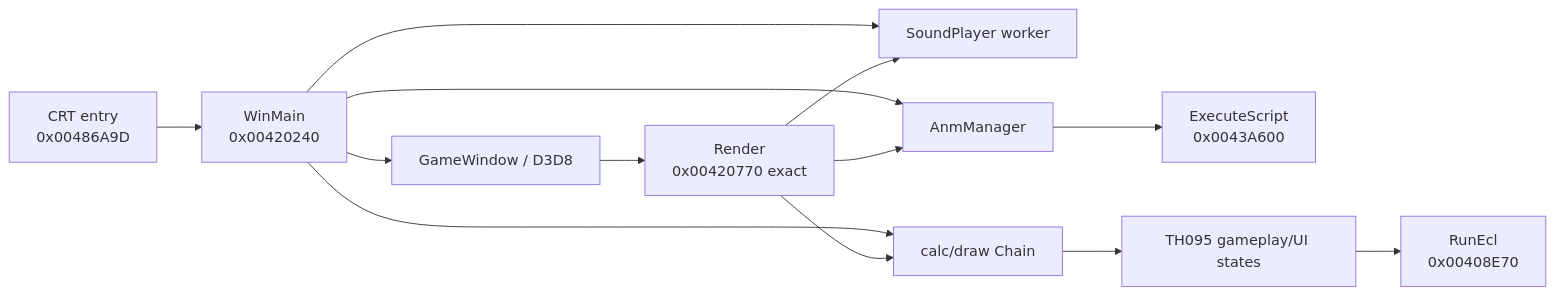
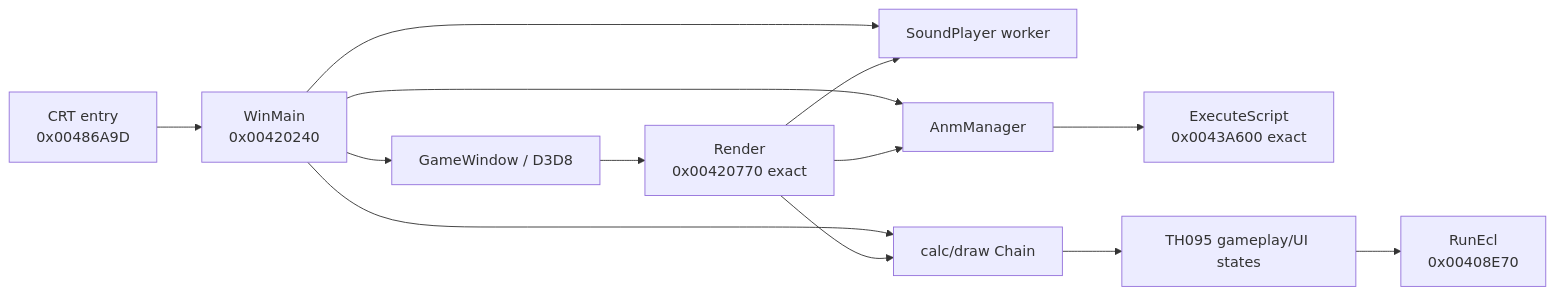
The diagram in docs/ARCHITECTURE.md (N0zoM1z0/th095), drawn with Mermaid before and after one commit. The commit also changed other lines of this file and 22 other files, not shown here.

Commit message:
Reconstruct AnmManager ExecuteScript exactly

````diff
--- a/docs/ARCHITECTURE.md
+++ b/docs/ARCHITECTURE.md
@@ -58,15 +58,15 @@
 ```mermaid
 flowchart LR
     CRT[CRT entry\n0x00486A9D] --> Main[WinMain\n0x00420240]
     Main --> Window[GameWindow / D3D8]
     Main --> Sound[SoundPlayer worker]
     Main --> Chain[calc/draw Chain]
     Main --> Anm[AnmManager]
     Window --> Render[Render\n0x00420770 exact]
     Render --> Chain
     Render --> Sound
     Render --> Anm
-    Anm --> AnmVM[ExecuteScript\n0x0043A600]
+    Anm --> AnmVM[ExecuteScript\n0x0043A600 exact]
     Chain --> Game[TH095 gameplay/UI states]
     Game --> EclVM[RunEcl\n0x00408E70]
 ```
````
